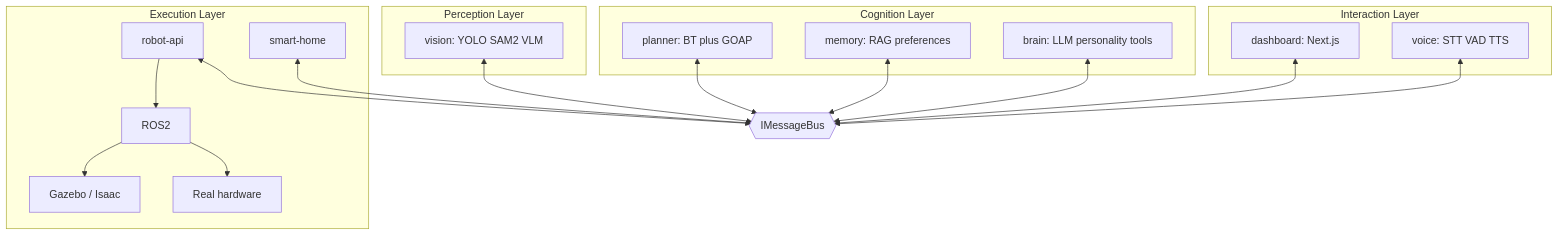
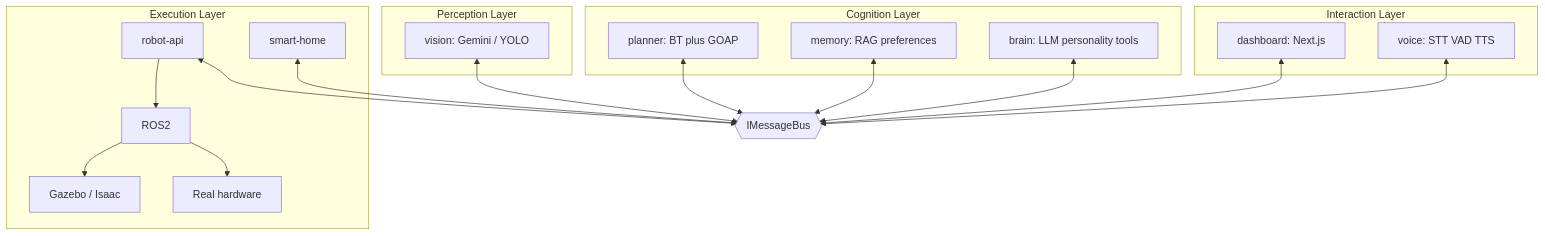
The diagram in docs/ARCHITECTURE.md (amirmatinjamshidi-rgb/Aria), drawn with Mermaid before and after one commit. The commit also changed other lines of this file and 36 other files, not shown here.

````diff
--- a/docs/ARCHITECTURE.md
+++ b/docs/ARCHITECTURE.md
@@ -20,34 +20,34 @@
 ```mermaid
 flowchart TB
     subgraph interaction [Interaction Layer]
         voice[voice: STT VAD TTS]
         dashboard[dashboard: Next.js]
     end
     subgraph cognition [Cognition Layer]
         brain[brain: LLM personality tools]
         memory[memory: RAG preferences]
         planner[planner: BT plus GOAP]
     end
     subgraph perception [Perception Layer]
-        vision[vision: YOLO SAM2 VLM]
+        vision[vision: Gemini / YOLO]
     end
     subgraph execution [Execution Layer]
         smarthome[smart-home]
         robotapi[robot-api]
         ros[ROS2]
         sim[Gazebo / Isaac]
         hw[Real hardware]
     end
     bus{{IMessageBus}}
     voice <--> bus
     dashboard <--> bus
     brain <--> bus
     memory <--> bus
     planner <--> bus
     vision <--> bus
     smarthome <--> bus
     robotapi <--> bus
     robotapi --> ros
     ros --> sim
     ros --> hw
 ```
````
